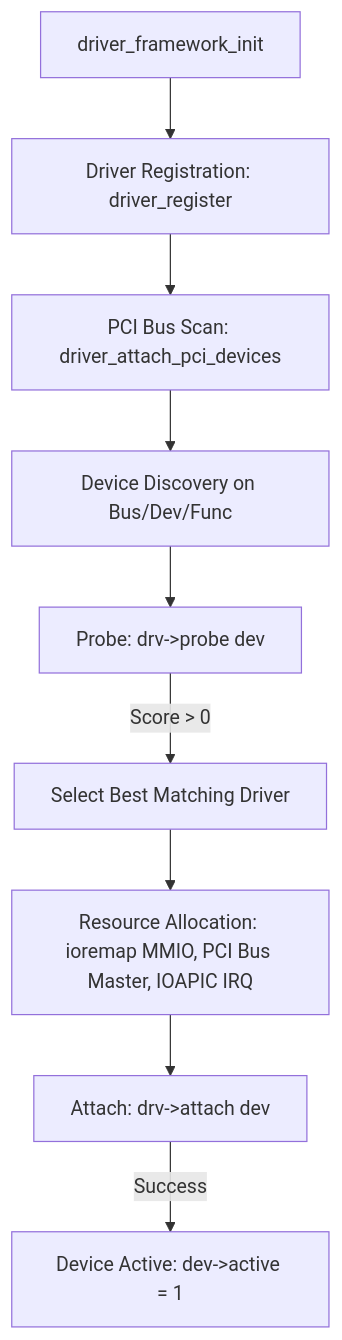
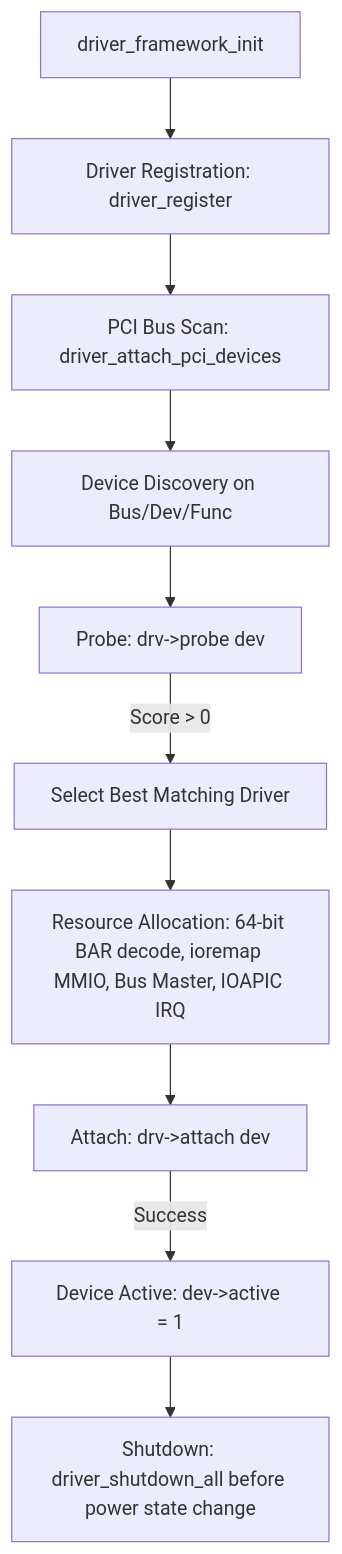
One commit to foundrytechinc/openproninx changed the diagram in doc/DRIVERS.md. Above: the diagram before and after it, drawn with Mermaid. The commit also changed other lines of this file and 6 other files, not shown here.

````diff
--- a/doc/DRIVERS.md
+++ b/doc/DRIVERS.md
@@ -62,11 +62,12 @@
 ```mermaid
 flowchart TD
     A[driver_framework_init] --> B[Driver Registration: driver_register]
     B --> C[PCI Bus Scan: driver_attach_pci_devices]
     C --> D[Device Discovery on Bus/Dev/Func]
     D --> E[Probe: drv->probe dev]
     E -->|Score > 0| F[Select Best Matching Driver]
-    F --> G[Resource Allocation: ioremap MMIO, PCI Bus Master, IOAPIC IRQ]
+    F --> G[Resource Allocation: 64-bit BAR decode, ioremap MMIO, Bus Master, IOAPIC IRQ]
     G --> H[Attach: drv->attach dev]
     H -->|Success| I[Device Active: dev->active = 1]
+    I --> J[Shutdown: driver_shutdown_all before power state change]
 ```
````
